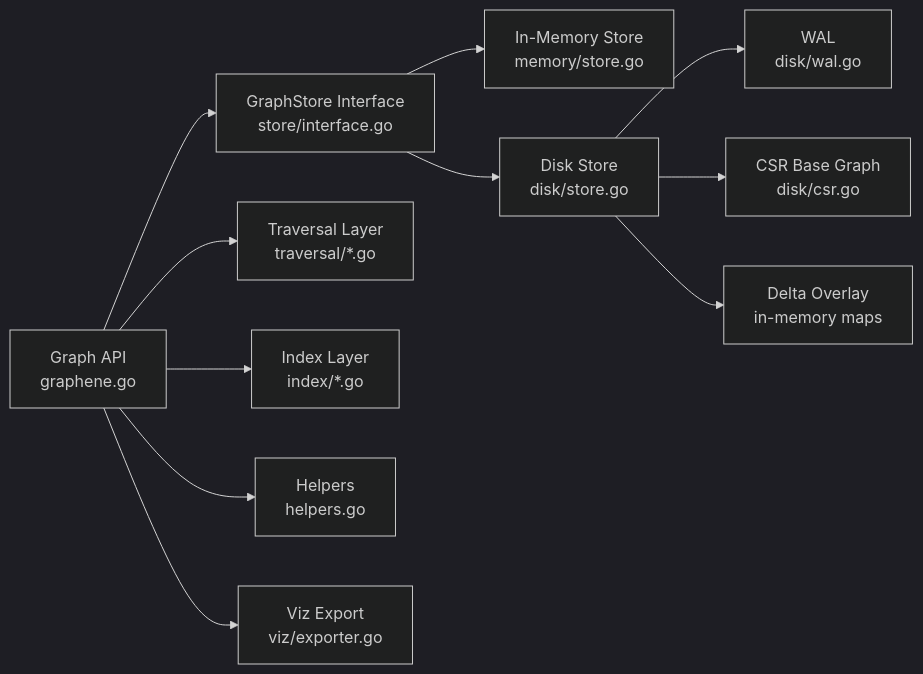
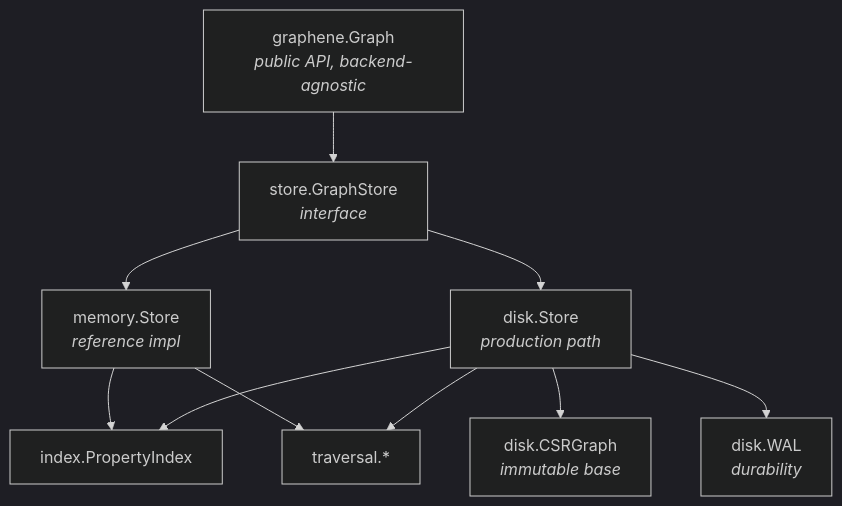
Before and after one commit to aoiflux/graphene: the first of 7 diagrams in TECHNICAL_DETAILS.md, drawn with Mermaid (dark theme). The commit also changed other lines of this file and 1 other file, not shown here.

Commit message:
update lld and api reference

````diff
--- a/TECHNICAL_DETAILS.md
+++ b/TECHNICAL_DETAILS.md
@@ -30,15 +56,12 @@
 ```mermaid
-flowchart LR
-    A[Graph API<br/>graphene.go] --> B[GraphStore Interface<br/>store/interface.go]
-    B --> C[In-Memory Store<br/>memory/store.go]
-    B --> D[Disk Store<br/>disk/store.go]
-
-    A --> E[Traversal Layer<br/>traversal/*.go]
-    A --> F[Index Layer<br/>index/*.go]
-    A --> G[Helpers<br/>helpers.go]
-    A --> H[Viz Export<br/>viz/exporter.go]
-
-    D --> I[WAL<br/>disk/wal.go]
-    D --> J[CSR Base Graph<br/>disk/csr.go]
-    D --> K[Delta Overlay<br/>in-memory maps]
+flowchart TD
+    A["graphene.Graph<br/><i>public API, backend-agnostic</i>"] --> B["store.GraphStore<br/><i>interface</i>"]
+    B --> C["memory.Store<br/><i>reference impl</i>"]
+    B --> D["disk.Store<br/><i>production path</i>"]
+    C --> E["index.PropertyIndex"]
+    D --> E
+    C --> F["traversal.*"]
+    D --> F
+    D --> G["disk.CSRGraph<br/><i>immutable base</i>"]
+    D --> H["disk.WAL<br/><i>durability</i>"]
 ```
````
